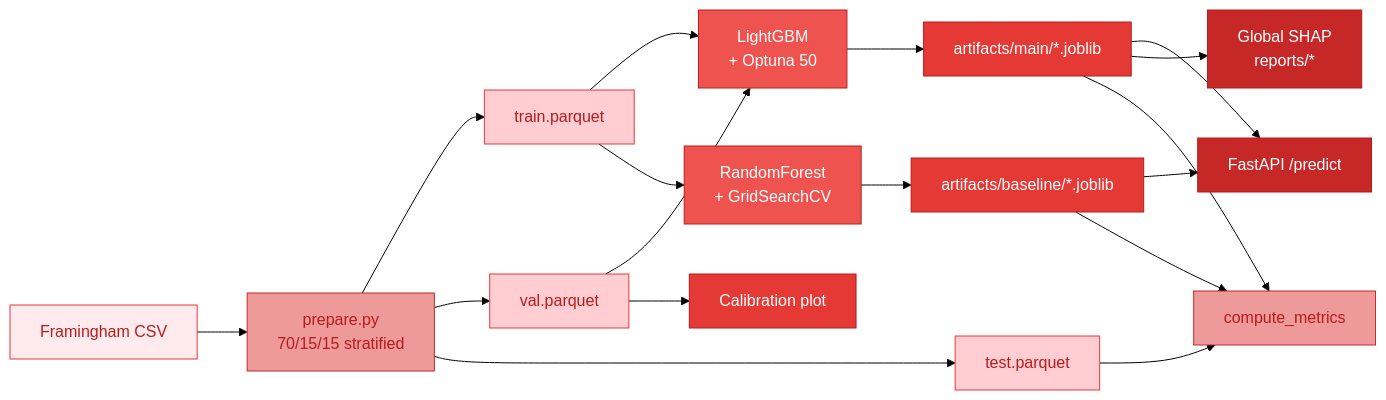
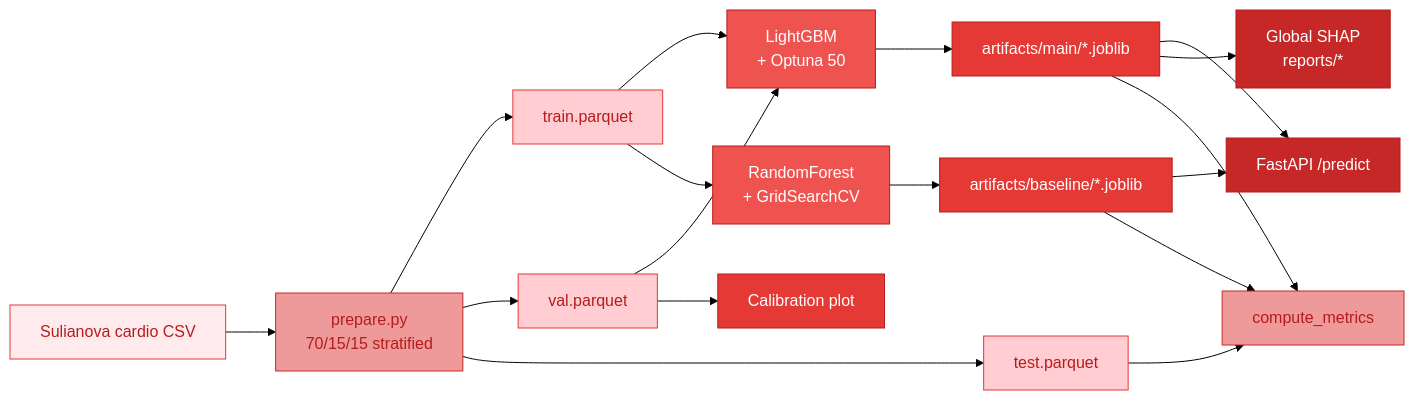
One commit to kiselyovd/cardio-risk-rf changed the diagram in docs/architecture.md. Above: the diagram before and after it, drawn with Mermaid (forest theme). The commit also changed 45 other files, not shown here.

````diff
--- a/docs/architecture.md
+++ b/docs/architecture.md
@@ -5,26 +5,26 @@
 ```mermaid
 flowchart LR
-  CSV[Framingham CSV]:::external --> Prep[prepare.py<br/>70/15/15 stratified]:::code
+  CSV[Sulianova cardio CSV]:::external --> Prep[prepare.py<br/>70/15/15 stratified]:::code
   Prep --> Train[train.parquet]:::data
   Prep --> Val[val.parquet]:::data
   Prep --> Test[test.parquet]:::data
   Train --> LGBM[LightGBM<br/>+ Optuna 50]:::model
   Train --> RF[RandomForest<br/>+ GridSearchCV]:::model
   Val --> LGBM
   Val --> Calib[Calibration plot]:::artifact
   LGBM --> MainArt[artifacts/main/*.joblib]:::artifact
   RF --> BaseArt[artifacts/baseline/*.joblib]:::artifact
   MainArt --> API[FastAPI /predict]:::serve
   BaseArt --> API
   MainArt --> SHAP[Global SHAP<br/>reports/*]:::serve
   Test --> Score[compute_metrics]:::code
   MainArt --> Score
   BaseArt --> Score
 
   classDef external fill:#FFEBEE,stroke:#E53935,color:#B71C1C
   classDef data fill:#FFCDD2,stroke:#E53935,color:#B71C1C
   classDef code fill:#EF9A9A,stroke:#C62828,color:#B71C1C
   classDef model fill:#EF5350,stroke:#B71C1C,color:#fff
   classDef artifact fill:#E53935,stroke:#B71C1C,color:#fff
   classDef serve fill:#C62828,stroke:#B71C1C,color:#fff
 ```
````
